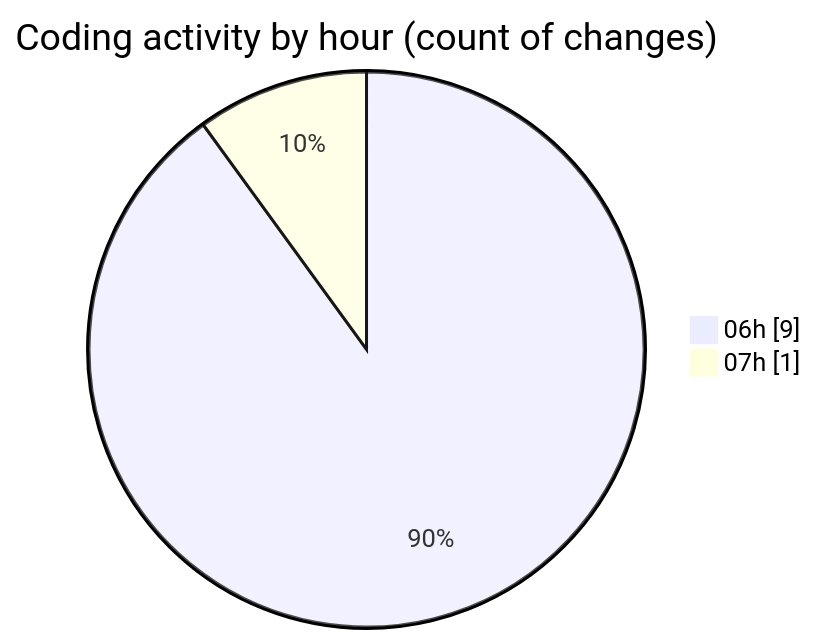
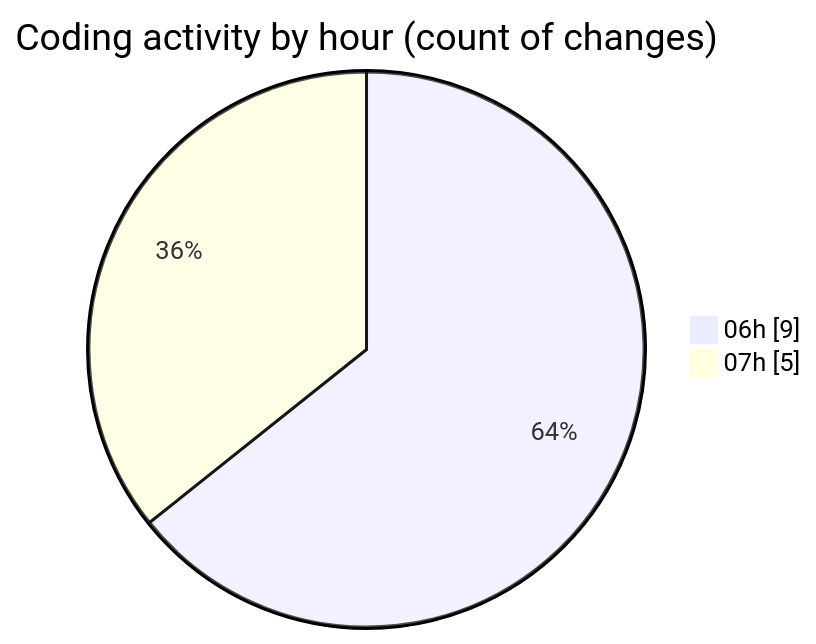
Before and after one commit to robertbonfada/code-tracking: the second of 2 diagrams in 2025-02-18/mbc-web/README.md, drawn with Mermaid. The commit also changed other lines of this file and 1 other file, not shown here.

````diff
--- a/2025-02-18/mbc-web/README.md
+++ b/2025-02-18/mbc-web/README.md
@@ -33,6 +34,6 @@
 ```mermaid
 pie showData
 title Coding activity by hour (count of changes)
 "06h" : 9
-"07h" : 1
+"07h" : 5
 ```
````
